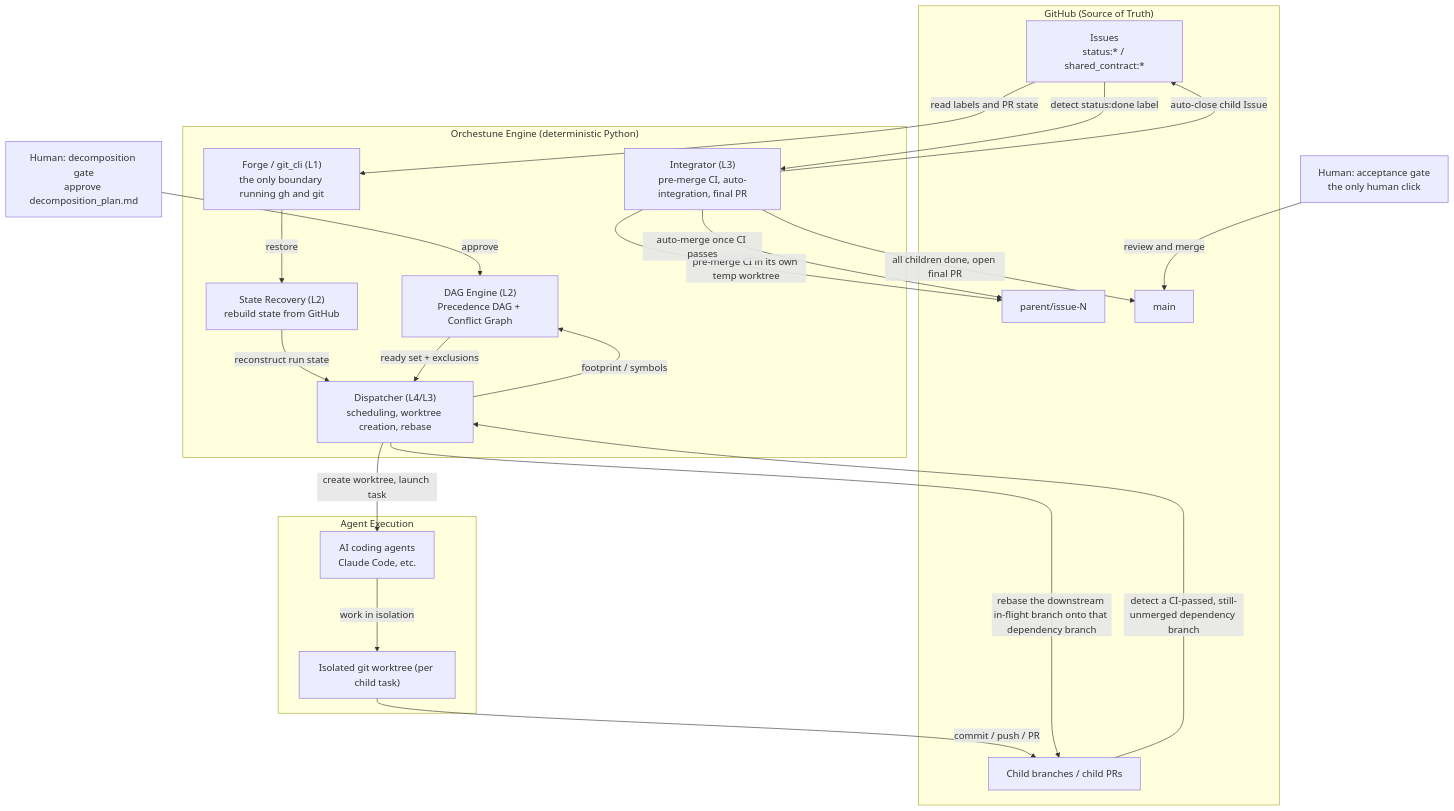
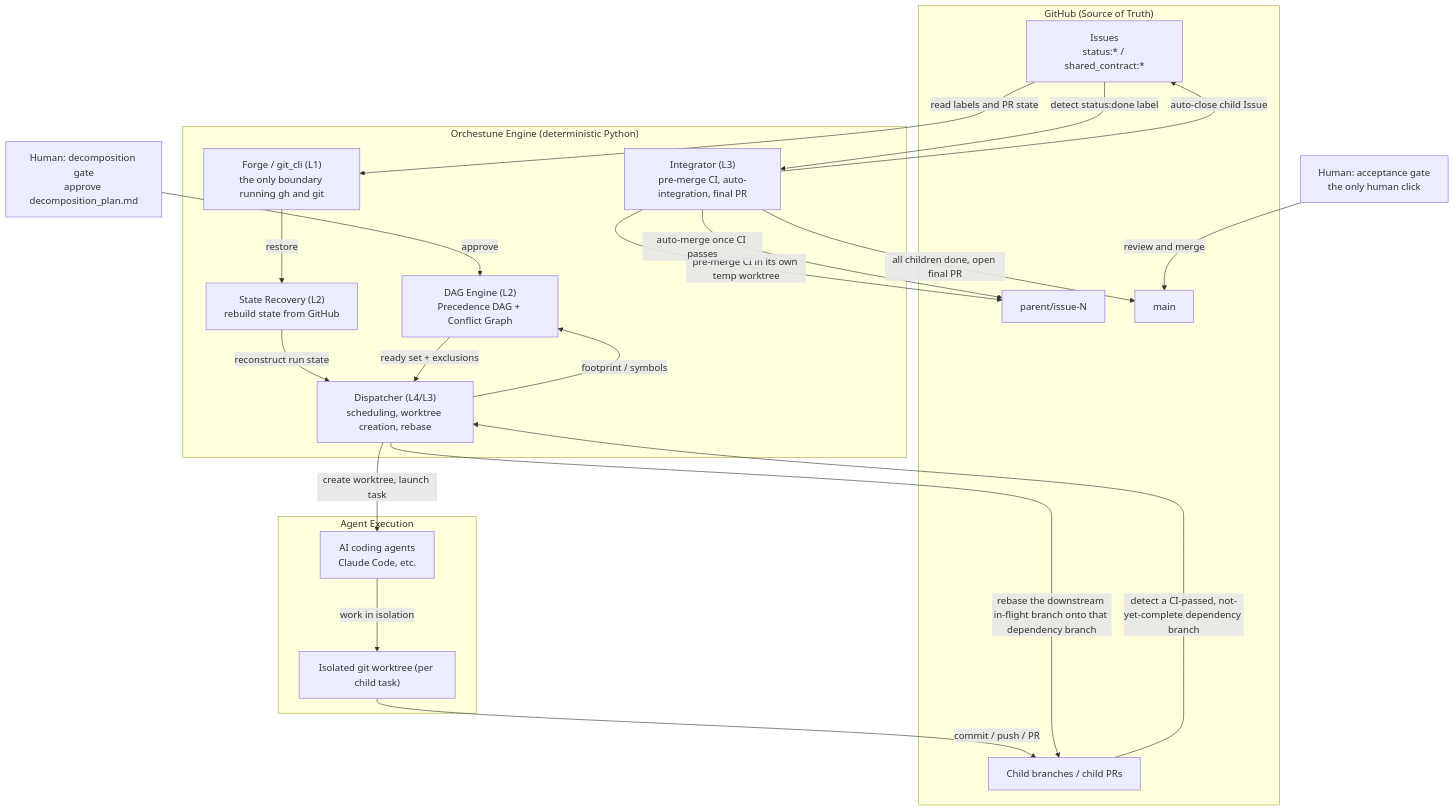
Before and after one commit to Saltmu/orchestune: the diagram in docs/en/architecture.md, drawn with Mermaid. The commit also changed other lines of this file and 3 other files, not shown here.

First line of the commit message:
docs(architecture): tie stack-target loss to effective completion, not the merge (#910)

````diff
--- a/docs/en/architecture.md
+++ b/docs/en/architecture.md
@@ -11,43 +11,43 @@
 ```mermaid
 graph TD
     HU1["Human: decomposition gate<br/>approve decomposition_plan.md"]
     HU2["Human: acceptance gate<br/>the only human click"]
 
     subgraph GH ["GitHub (Source of Truth)"]
         GI["Issues<br/>status:* / shared_contract:*"]
         GP["Child branches / child PRs"]
         PB["parent/issue-N"]
         MB["main"]
     end
 
     subgraph ENG ["Orchestune Engine (deterministic Python)"]
         L1["Forge / git_cli (L1)<br/>the only boundary running gh and git"]
         REC["State Recovery (L2)<br/>rebuild state from GitHub"]
         DAG["DAG Engine (L2)<br/>Precedence DAG + Conflict Graph"]
         DP["Dispatcher (L4/L3)<br/>scheduling, worktree creation, rebase"]
         IG["Integrator (L3)<br/>pre-merge CI, auto-integration, final PR"]
     end
 
     subgraph EX ["Agent Execution"]
         WT["Isolated git worktree (per child task)"]
         AG["AI coding agents<br/>Claude Code, etc."]
     end
 
     HU1 -->|approve| DAG
     GI -->|read labels and PR state| L1
     L1 -->|restore| REC
     REC -->|reconstruct run state| DP
     DAG -->|ready set + exclusions| DP
     DP -->|footprint / symbols| DAG
     DP -->|create worktree, launch task| AG
     AG -->|work in isolation| WT
     WT -->|commit / push / PR| GP
     GI -->|detect status:done label| IG
     IG -->|pre-merge CI in its own temp worktree| PB
     IG -->|auto-merge once CI passes| PB
     IG -->|auto-close child Issue| GI
-    GP -->|detect a CI-passed, still-unmerged dependency branch| DP
+    GP -->|detect a CI-passed, not-yet-complete dependency branch| DP
     DP -->|rebase the downstream in-flight branch onto that dependency branch| GP
     IG -->|all children done, open final PR| MB
     HU2 -->|review and merge| MB
 ```
````
